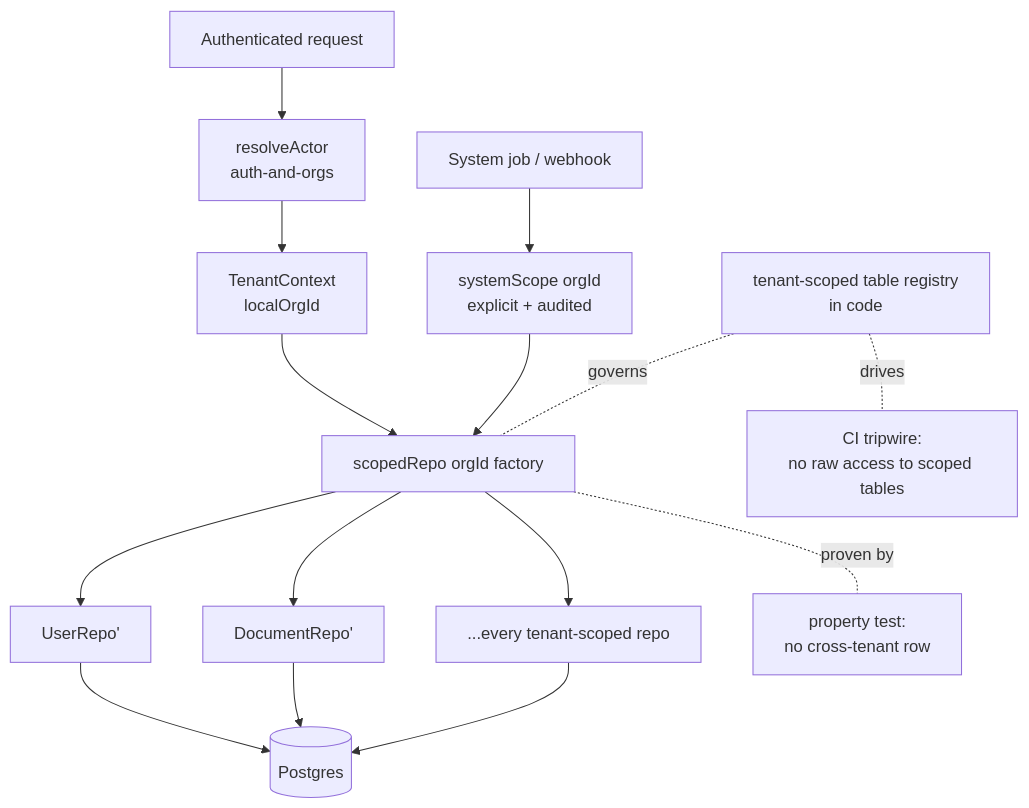
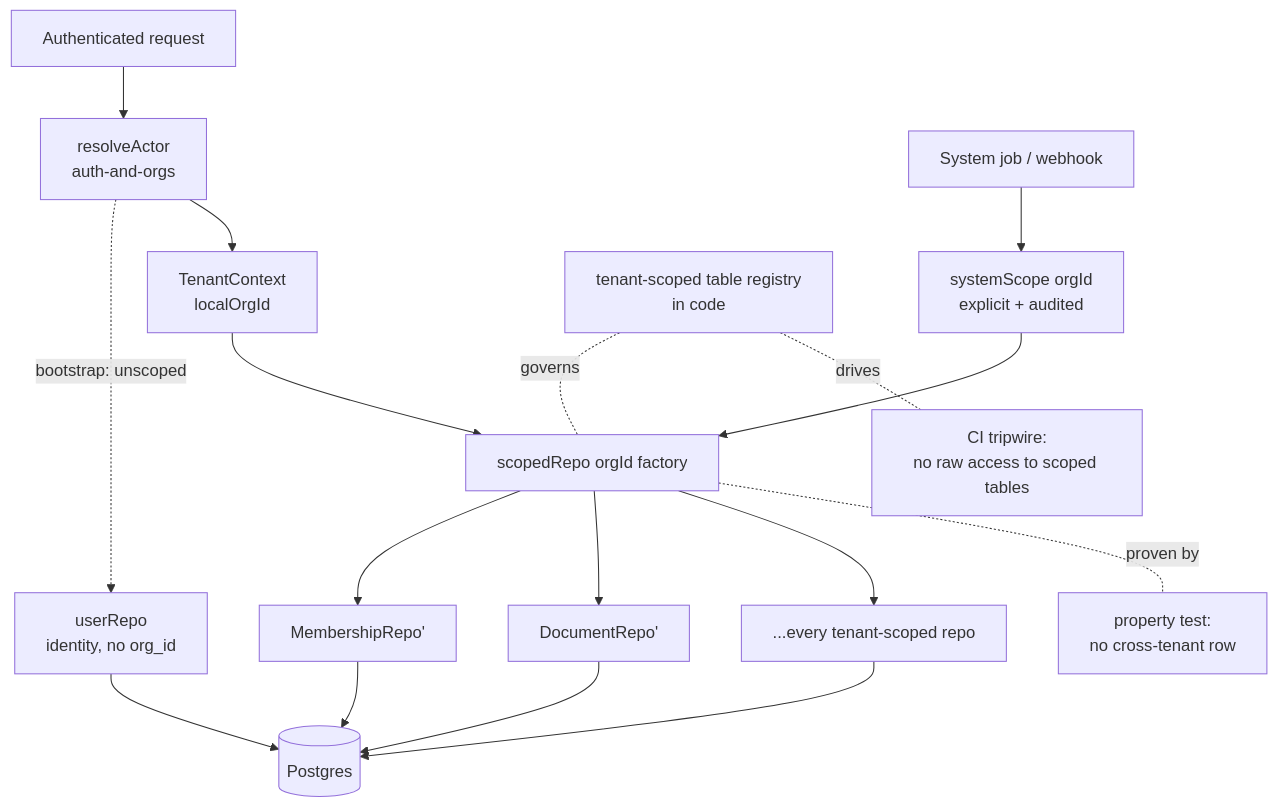
One commit to Evans-Software-Solutions-Limited/ai-data-room changed the diagram in .kiro/specs/ai-data-room/tenant-isolation/design.md. Above: the diagram before and after it, drawn with Mermaid. The commit also changed other lines of this file and 2 other files, not shown here.

````diff
--- a/.kiro/specs/ai-data-room/tenant-isolation/design.md
+++ b/.kiro/specs/ai-data-room/tenant-isolation/design.md
@@ -35,19 +35,21 @@
 ```mermaid
 flowchart TD
   Req[Authenticated request] --> RA[resolveActor<br/>auth-and-orgs]
+  RA -. bootstrap: unscoped .-> UR[userRepo<br/>identity, no org_id]
   RA --> TC[TenantContext<br/>localOrgId]
   TC --> SF[scopedRepo orgId factory]
-  SF --> R1[UserRepo']
+  SF --> R1[MembershipRepo']
   SF --> R2[DocumentRepo']
   SF --> R3[...every tenant-scoped repo]
-  R1 --> Q[(Postgres)]
+  UR --> Q[(Postgres)]
+  R1 --> Q
   R2 --> Q
   R3 --> Q
 
   Sys[System job / webhook] --> SS[systemScope orgId<br/>explicit + audited]
   SS --> SF
 
   Reg[tenant-scoped table registry<br/>in code] -. governs .- SF
   Reg -. drives .- Lint[CI tripwire:<br/>no raw access to scoped tables]
   SF -. proven by .- Prop[property test:<br/>no cross-tenant row]
 ```
````
